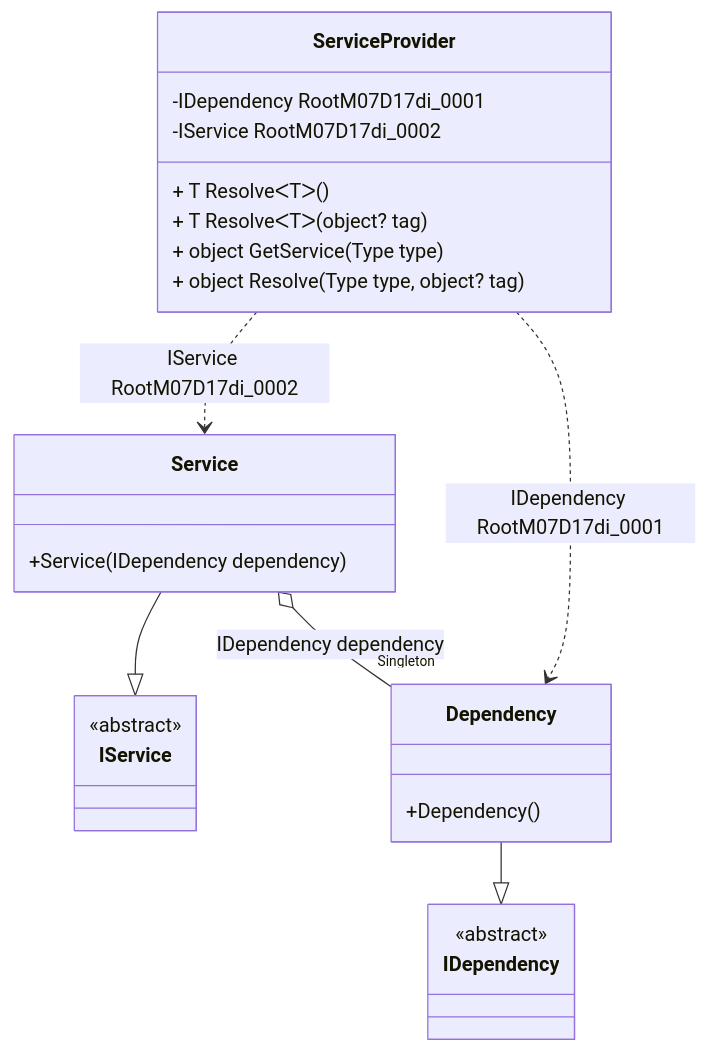
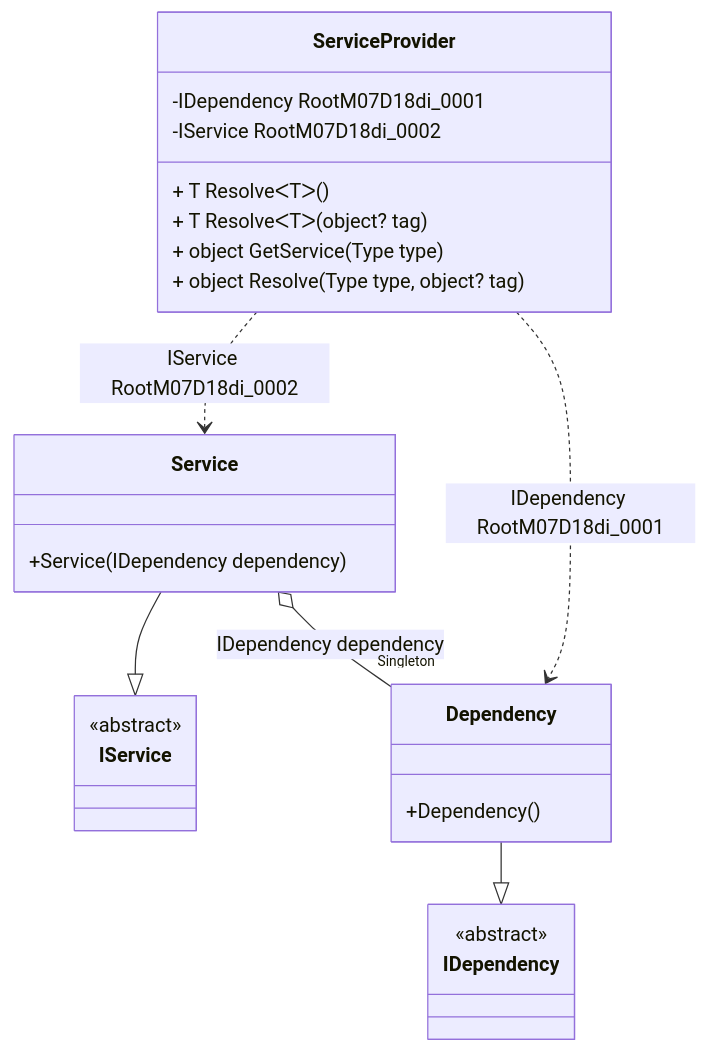
One commit to DevTeam/Pure.DI changed the diagram in readme/service-provider.md. Above: the diagram before and after it, drawn with Mermaid. The commit also changed other lines of this file and 49 other files, not shown here.

````diff
--- a/readme/service-provider.md
+++ b/readme/service-provider.md
@@ -50,28 +50,28 @@
 ```mermaid
 classDiagram
   class ServiceProvider {
-    -IDependency RootM07D17di_0001
-    -IService RootM07D17di_0002
+    -IDependency RootM07D18di_0001
+    -IService RootM07D18di_0002
     + T ResolveᐸTᐳ()
     + T ResolveᐸTᐳ(object? tag)
     + object GetService(Type type)
     + object Resolve(Type type, object? tag)
   }
   Service --|> IService : 
   class Service {
     +Service(IDependency dependency)
   }
   Dependency --|> IDependency : 
   class Dependency {
     +Dependency()
   }
   class IService {
     <<abstract>>
   }
   class IDependency {
     <<abstract>>
   }
   Service o--  "Singleton" Dependency : IDependency dependency
-  ServiceProvider ..> Dependency : IDependency RootM07D17di_0001
-  ServiceProvider ..> Service : IService RootM07D17di_0002
+  ServiceProvider ..> Dependency : IDependency RootM07D18di_0001
+  ServiceProvider ..> Service : IService RootM07D18di_0002
 ```
````
